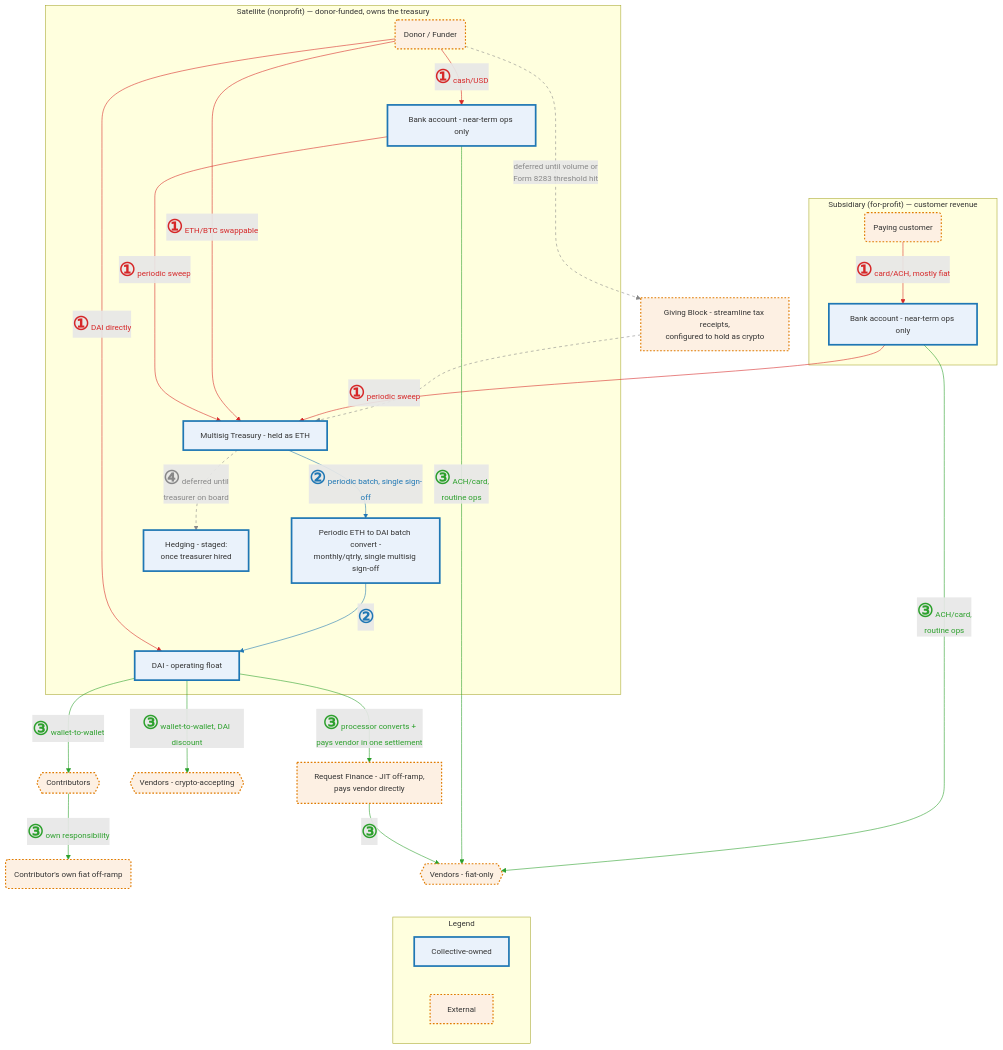
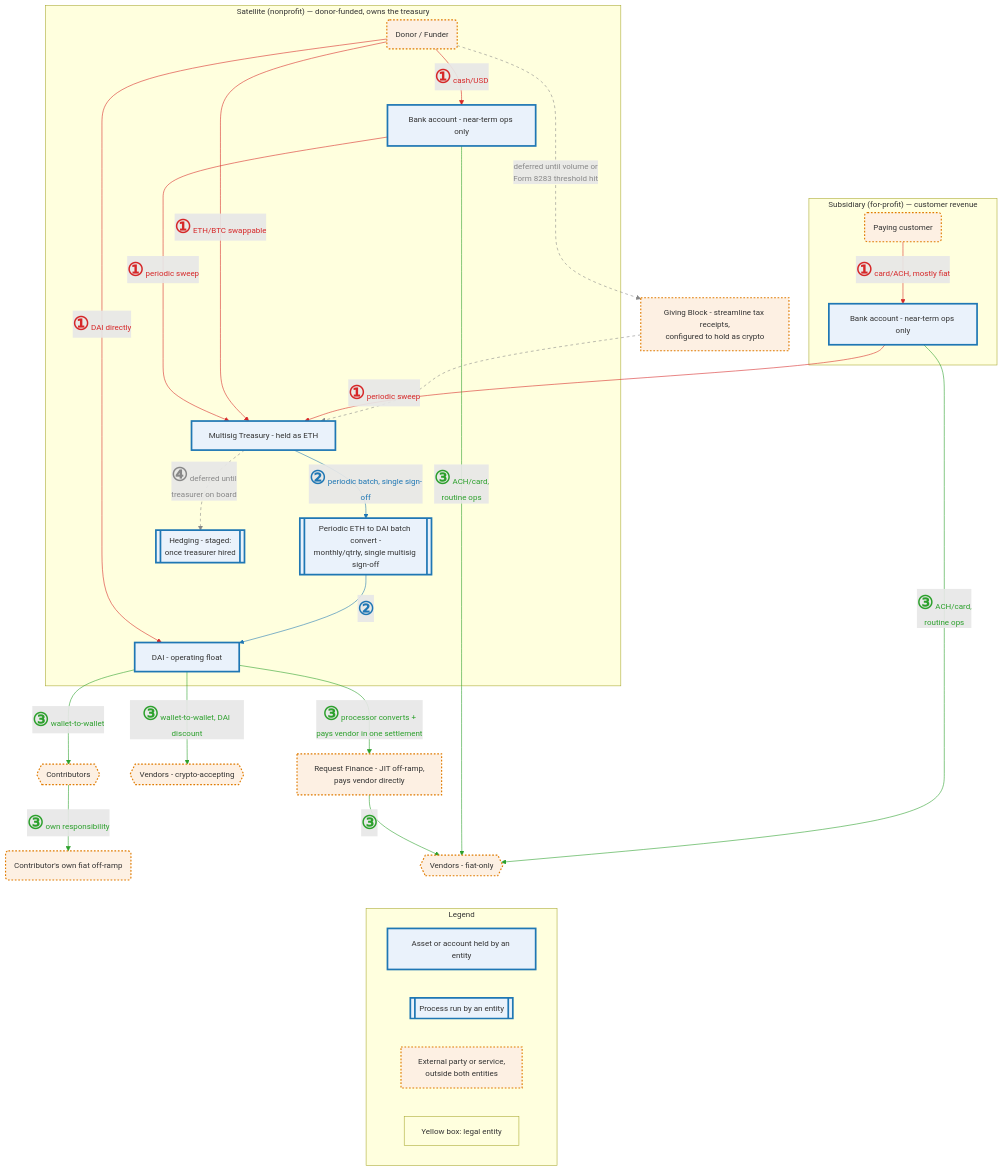
Before and after one commit to doikayt/admin: the diagram in governance/diagrams/fund-flows.mmd, drawn with Mermaid. The commit also changed 2 other files, not shown here.

Commit message:
docs: add legend for entities, assets, processes, and external parties to fund-flows
Give the batch convert and hedging a double-bar shape as processes, separate from
blue assets and accounts, define external as outside both legal entities, add the
yellow entity box to the legend, and update the "Reading the diagram" prose to match.

```diff
--- a/governance/diagrams/fund-flows.mmd
+++ b/governance/diagrams/fund-flows.mmd
@@ -1,66 +1,70 @@
 %%{init: {"themeVariables": {"fontSize": "14px"}}}%%
 flowchart TD
     subgraph SAT["Satellite (nonprofit) — donor-funded, owns the treasury"]
         Donor(Donor / Funder)
         SatBank[Bank account - near-term ops only]
         Treasury[Multisig Treasury - held as ETH]
-        BatchConvert[Periodic ETH to DAI batch convert -<br/>monthly/qtrly, single multisig sign-off]
+        BatchConvert[[Periodic ETH to DAI batch convert -<br/>monthly/qtrly, single multisig sign-off]]
         DAIFloat[DAI - operating float]
-        Hedge[Hedging - staged:<br/>once treasurer hired]
+        Hedge[[Hedging - staged:<br/>once treasurer hired]]
     end
 
     subgraph SUB["Subsidiary (for-profit) — customer revenue"]
         Customer(Paying customer)
         SubBank[Bank account - near-term ops only]
     end
 
     DonationProcessor[Giving Block - streamline tax receipts,<br/>configured to hold as crypto]
     Contributors{{Contributors}}
     ContribOfframp(Contributor's own fiat off-ramp)
     VendorsCrypto{{Vendors - crypto-accepting}}
     OffRampJIT[Request Finance - JIT off-ramp,<br/>pays vendor directly]
     VendorsFiat{{Vendors - fiat-only}}
 
     subgraph LEGEND["Legend"]
-        L1[Collective-owned]
-        L2[External]
+        L1[Asset or account held by an entity]
+        L1b[[Process run by an entity]]
+        L2[External party or service,<br/>outside both entities]
+        L3[Yellow box: legal entity]
     end
 
     Donor -- "<b style='font-size:2.3em'>①</b> cash/USD" --> SatBank
     SatBank -- "<b style='font-size:2.3em'>①</b> periodic sweep" --> Treasury
     Donor -- "<b style='font-size:2.3em'>①</b> DAI directly" --> DAIFloat
     Donor -- "<b style='font-size:2.3em'>①</b> ETH/BTC swappable" --> Treasury
     Customer -- "<b style='font-size:2.3em'>①</b> card/ACH, mostly fiat" --> SubBank
     SubBank -- "<b style='font-size:2.3em'>①</b> periodic sweep" --> Treasury
 
     Donor -.->|"deferred until volume or<br/>Form 8283 threshold hit"| DonationProcessor
 
     Treasury -- "<b style='font-size:2.3em'>②</b> periodic batch, single sign-off" --> BatchConvert
     BatchConvert -- "<b style='font-size:2.3em'>②</b>" --> DAIFloat
 
     DAIFloat -- "<b style='font-size:2.3em'>③</b> wallet-to-wallet" --> Contributors
     Contributors -- "<b style='font-size:2.3em'>③</b> own responsibility" --> ContribOfframp
     DAIFloat -- "<b style='font-size:2.3em'>③</b> wallet-to-wallet, DAI discount" --> VendorsCrypto
     DAIFloat -- "<b style='font-size:2.3em'>③</b> processor converts +<br/>pays vendor in one settlement" --> OffRampJIT
     OffRampJIT -- "<b style='font-size:2.3em'>③</b>" --> VendorsFiat
     SatBank -- "<b style='font-size:2.3em'>③</b> ACH/card,<br/>routine ops" --> VendorsFiat
     SubBank -- "<b style='font-size:2.3em'>③</b> ACH/card,<br/>routine ops" --> VendorsFiat
 
     Treasury -.->|"<b style='font-size:2.3em'>④</b> deferred until<br/>treasurer on board"| Hedge
 
     SatBank ~~~ Customer
     VendorsFiat ~~~ LEGEND
     DonationProcessor -.-> Treasury
 
     linkStyle 0,1,2,3,4,5 stroke:#d62728,color:#d62728
     linkStyle 7,8 stroke:#1f77b4,color:#1f77b4
     linkStyle 9,10,11,12,13,14,15 stroke:#2ca02c,color:#2ca02c
     linkStyle 6,16,19 stroke:#888888,color:#888888,stroke-dasharray: 5 5
 
     classDef owned fill:#eaf2fb,stroke:#1f77b4,stroke-width:3px
+    classDef entity fill:#ffffde,stroke:#aaaa33,stroke-width:1px
     classDef external fill:#fdf0e3,stroke:#e07b00,stroke-width:2px,stroke-dasharray:3 3
-    class L1 owned
+    class L1,L1b owned
+    class L3 entity
     class L2 external
     class Treasury,SatBank,SubBank,BatchConvert,DAIFloat,Hedge owned
     class Donor,DonationProcessor,Customer,Contributors,ContribOfframp external
     class VendorsCrypto,OffRampJIT,VendorsFiat external
```
